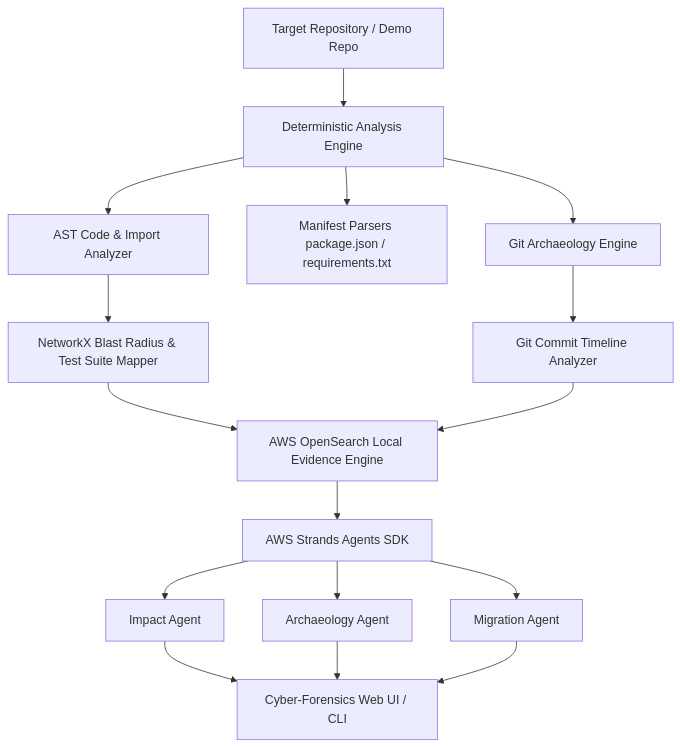
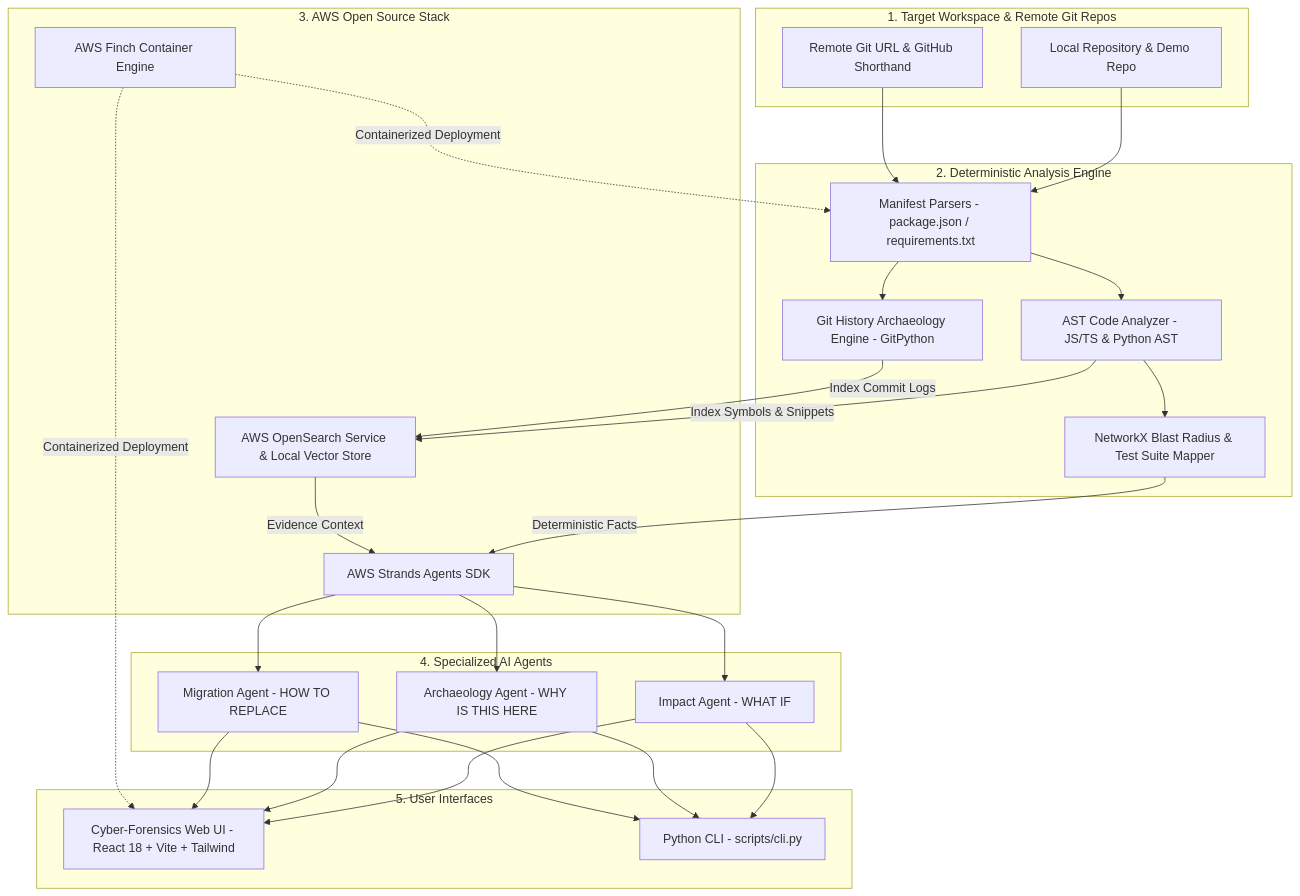
The diagram in README.md (Dev-N007/Dependency_Detective), drawn with Mermaid before and after one commit. The commit also changed other lines of this file, not shown here.

Commit message:
docs(readme): add architecture diagram, setup guide, AWS breakdown & Gemini/Antigravity attribution

````diff
--- a/README.md
+++ b/README.md
@@ -37,22 +50,58 @@
 ```mermaid
-graph TD
-    A[Target Repository / Demo Repo] --> B[Deterministic Analysis Engine]
-    B --> C[AST Code & Import Analyzer]
-    B --> D[Manifest Parsers package.json / requirements.txt]
-    B --> E[Git Archaeology Engine]
+flowchart TD
+    subgraph S1 [1. Target Workspace & Remote Git Repos]
+        A[Local Repository & Demo Repo]
+        A2[Remote Git URL & GitHub Shorthand]
+    end
+
+    subgraph S2 [2. Deterministic Analysis Engine]
+        B[Manifest Parsers - package.json / requirements.txt]
+        C[AST Code Analyzer - JS/TS & Python AST]
+        D[Git History Archaeology Engine - GitPython]
+        E[NetworkX Blast Radius & Test Suite Mapper]
+    end
+
+    subgraph S3 [3. AWS Open Source Stack]
+        F[AWS OpenSearch Service & Local Vector Store]
+        G[AWS Strands Agents SDK]
+        H[AWS Finch Container Engine]
+    end
+
+    subgraph S4 [4. Specialized AI Agents]
+        I[Impact Agent - WHAT IF]
+        J[Archaeology Agent - WHY IS THIS HERE]
+        K[Migration Agent - HOW TO REPLACE]
+    end
+
+    subgraph S5 [5. User Interfaces]
+        L[Cyber-Forensics Web UI - React 18 + Vite + Tailwind]
+        M[Python CLI - scripts/cli.py]
+    end
+
+    A --> B
+    A2 --> B
+    B --> C
+    B --> D
+    C --> E
     
-    C --> F[NetworkX Blast Radius & Test Suite Mapper]
-    E --> G[Git Commit Timeline Analyzer]
+    C -->|Index Symbols & Snippets| F
+    D -->|Index Commit Logs| F
     
-    F --> H[AWS OpenSearch Local Evidence Engine]
-    G --> H
+    E -->|Deterministic Facts| G
+    F -->|Evidence Context| G
     
-    H --> I[AWS Strands Agents SDK]
-    I --> J[Impact Agent]
-    I --> K[Archaeology Agent]
-    I --> L[Migration Agent]
+    G --> I
+    G --> J
+    G --> K
     
-    J --> M[Cyber-Forensics Web UI / CLI]
+    I --> L
+    J --> L
+    K --> L
+    
+    I --> M
+    J --> M
     K --> M
-    L --> M
+    
+    H -.->|Containerized Deployment| L
+    H -.->|Containerized Deployment| B
 ```
````
